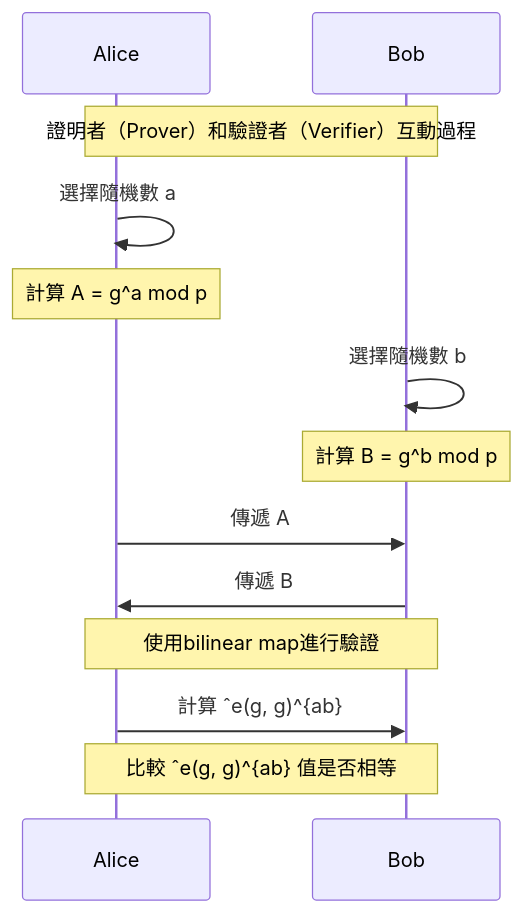
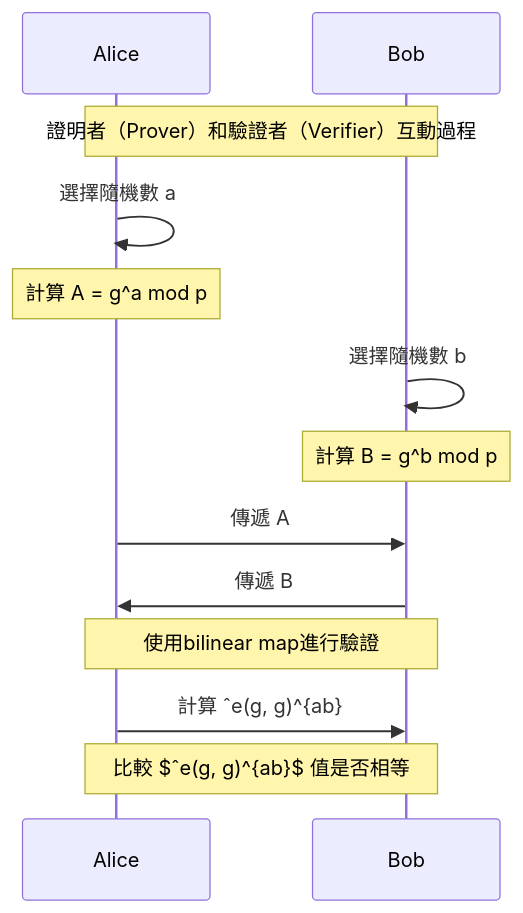
One commit to tc3oliver/wiki changed the diagram in wiki/[02]密碼學/[01]零知識證明在身份驗證中的應用.md. Above: the diagram before and after it, drawn with Mermaid.

Commit message:
# 1685156149

````diff
--- a/wiki/[02]密碼學/[01]零知識證明在身份驗證中的應用.md
+++ b/wiki/[02]密碼學/[01]零知識證明在身份驗證中的應用.md
@@ -23,21 +23,21 @@
 ```mermaid
 sequenceDiagram
     participant Alice
     participant Bob
 
     Note over Alice, Bob: 證明者（Prover）和驗證者（Verifier）互動過程
 
     Alice ->> Alice: 選擇隨機數 a
     Note over Alice: 計算 A = g^a mod p
 
     Bob ->> Bob: 選擇隨機數 b
     Note over Bob: 計算 B = g^b mod p
 
     Alice ->> Bob: 傳遞 A
     Bob ->> Alice: 傳遞 B
 
     Note over Alice, Bob: 使用bilinear map進行驗證
     Alice ->> Bob: 計算 ˆe(g, g)^{ab}
 
-    Note over Alice, Bob: 比較 ˆe(g, g)^{ab} 值是否相等
+    Note over Alice, Bob: 比較 $ˆe(g, g)^{ab}$ 值是否相等
 ```
````
